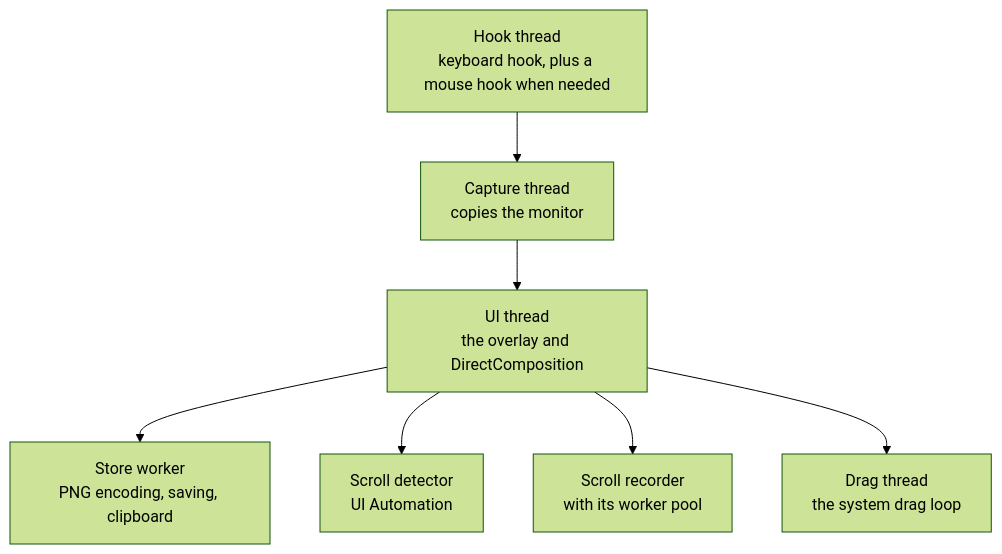
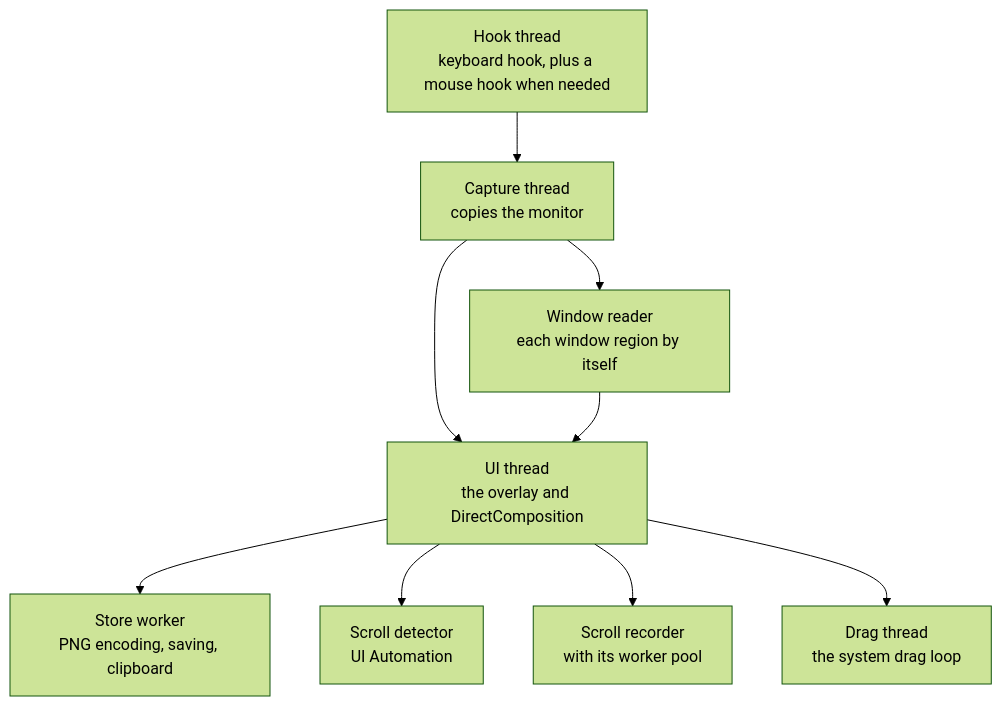
Before and after one commit to Jason-JP-Yang/Screenshot-Toolkit: the second of 3 diagrams in README.md, drawn with Mermaid (forest theme). The commit also changed other lines of this file and 23 other files, not shown here.

````diff
--- a/README.md
+++ b/README.md
@@ -368,9 +374,11 @@
 ```mermaid
 flowchart TB
     HOOK["Hook thread<br/>keyboard hook, plus a mouse hook when needed"] --> CAP["Capture thread<br/>copies the monitor"]
     CAP --> UI["UI thread<br/>the overlay and DirectComposition"]
+    CAP --> WIN["Window reader<br/>each window region by itself"]
+    WIN --> UI
     UI --> STORE["Store worker<br/>PNG encoding, saving, clipboard"]
     UI --> DET["Scroll detector<br/>UI Automation"]
     UI --> REC["Scroll recorder<br/>with its worker pool"]
     UI --> DRAG["Drag thread<br/>the system drag loop"]
 ```
````
